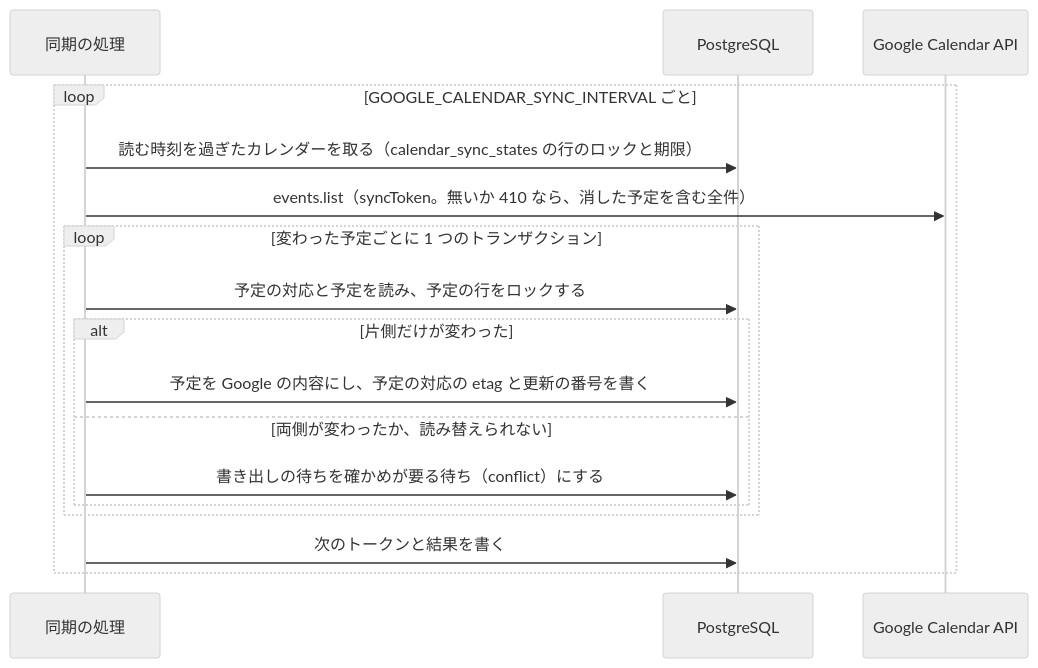
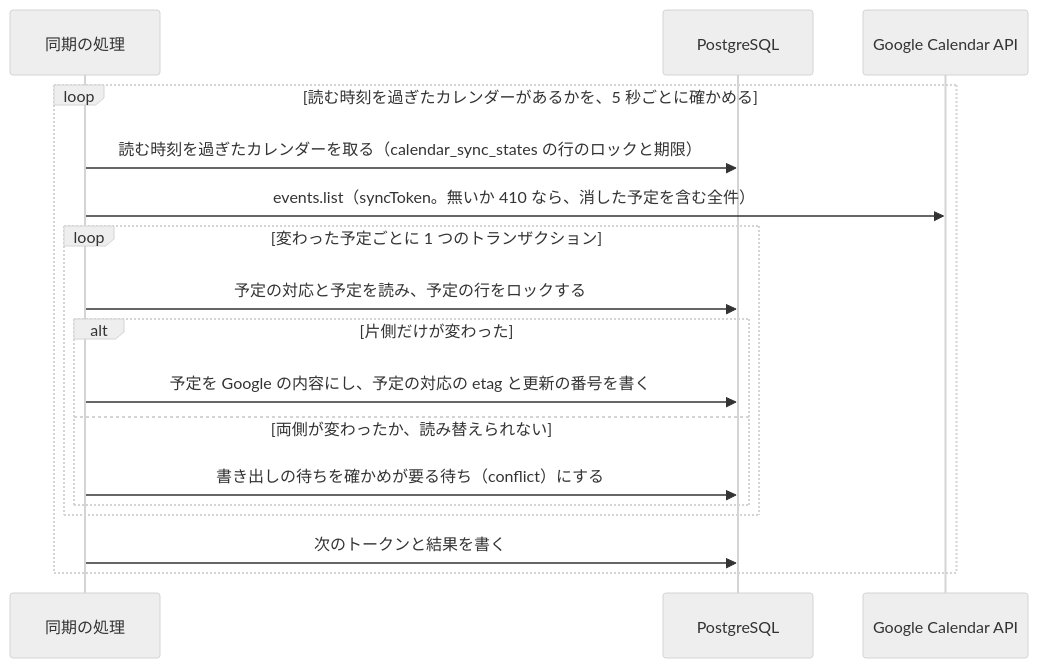
The fifth of 5 diagrams in apps/schedule-api/DesignDoc.md (Fukuemon/buddy), drawn with Mermaid (neutral theme) before and after one commit. The commit also changed other lines of this file and 21 other files, not shown here.

````diff
--- a/apps/schedule-api/DesignDoc.md
+++ b/apps/schedule-api/DesignDoc.md
@@ -362,19 +362,19 @@
 ```mermaid
 sequenceDiagram
   participant s as 同期の処理
   participant db as PostgreSQL
   participant g as Google Calendar API
-  loop GOOGLE_CALENDAR_SYNC_INTERVAL ごと
+  loop 読む時刻を過ぎたカレンダーがあるかを、5 秒ごとに確かめる
     s->>db: 読む時刻を過ぎたカレンダーを取る（calendar_sync_states の行のロックと期限）
     s->>g: events.list（syncToken。無いか 410 なら、消した予定を含む全件）
     loop 変わった予定ごとに 1 つのトランザクション
       s->>db: 予定の対応と予定を読み、予定の行をロックする
       alt 片側だけが変わった
         s->>db: 予定を Google の内容にし、予定の対応の etag と更新の番号を書く
       else 両側が変わったか、読み替えられない
         s->>db: 書き出しの待ちを確かめが要る待ち（conflict）にする
       end
     end
     s->>db: 次のトークンと結果を書く
   end
 ```
````
